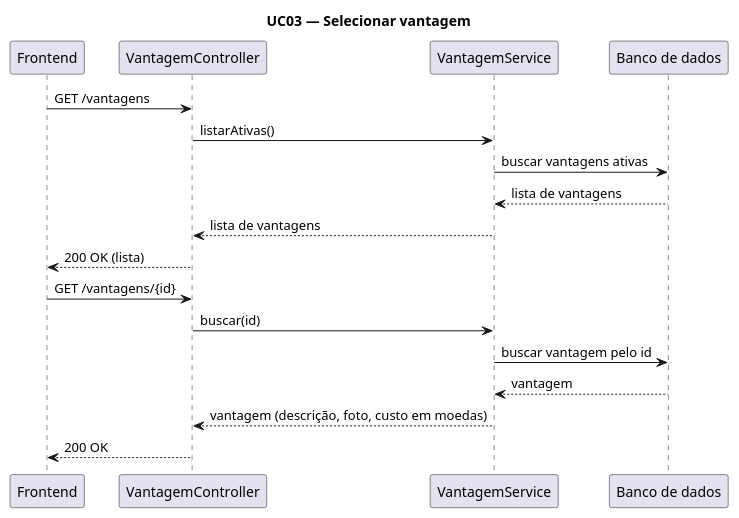
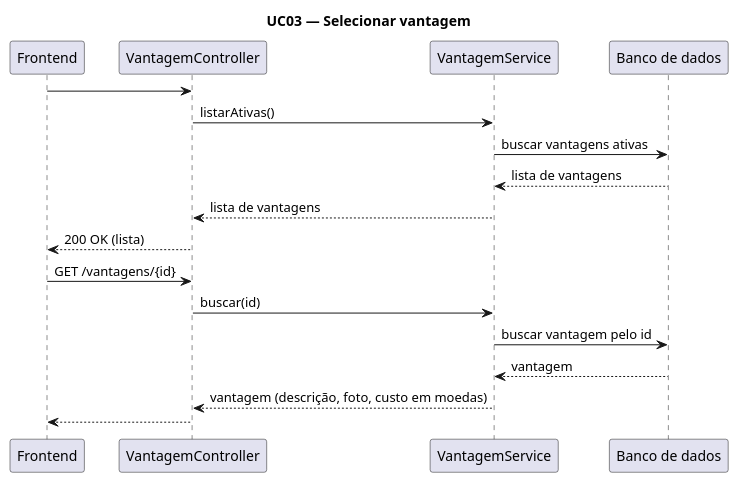
One commit to brunokilo/lab03-projetoSoftware changed the diagram in docs/diagramas/diagrama-de-sequencia-selecionar-vantagem.puml. Above: the diagram before and after it, drawn with PlantUML. The commit also changed 4 other files, not shown here.

```diff
--- a/docs/diagramas/diagrama-de-sequencia-selecionar-vantagem.puml
+++ b/docs/diagramas/diagrama-de-sequencia-selecionar-vantagem.puml
@@ -1,22 +1,22 @@
 @startuml sequencia_selecionar_vantagem
 title UC03 — Selecionar vantagem
 
 participant Frontend
 participant VantagemController
 participant VantagemService
 participant "Banco de dados" as BD
 
-Frontend -> VantagemController : GET /vantagens
+Frontend -> VantagemController : 
 VantagemController -> VantagemService : listarAtivas()
 VantagemService -> BD : buscar vantagens ativas
 BD --> VantagemService : lista de vantagens
 VantagemService --> VantagemController : lista de vantagens
 VantagemController --> Frontend : 200 OK (lista)
 
 Frontend -> VantagemController : GET /vantagens/{id}
 VantagemController -> VantagemService : buscar(id)
 VantagemService -> BD : buscar vantagem pelo id
 BD --> VantagemService : vantagem
 VantagemService --> VantagemController : vantagem (descrição, foto, custo em moedas)
-VantagemController --> Frontend : 200 OK
+VantagemController --> Frontend : 
 @enduml
```
